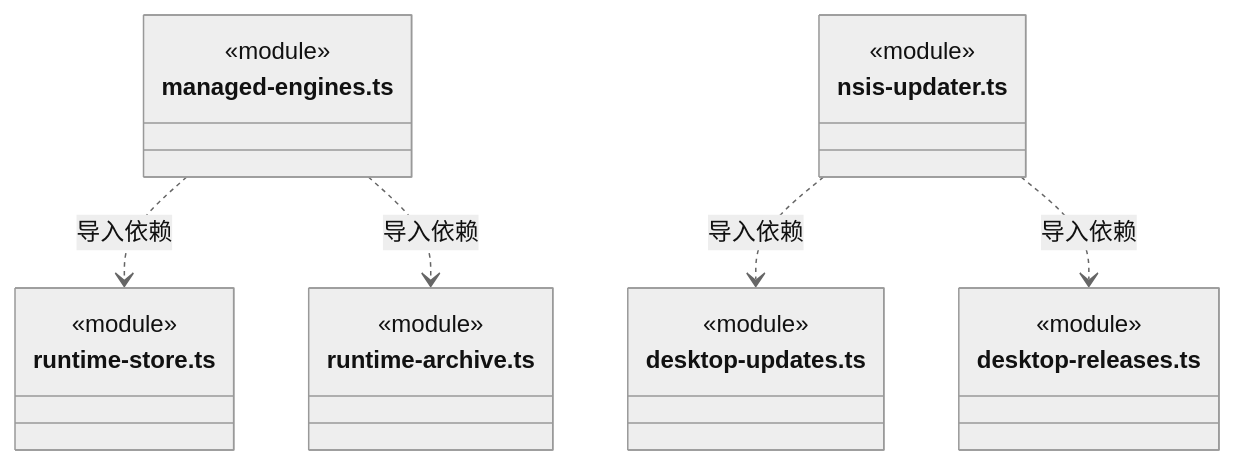
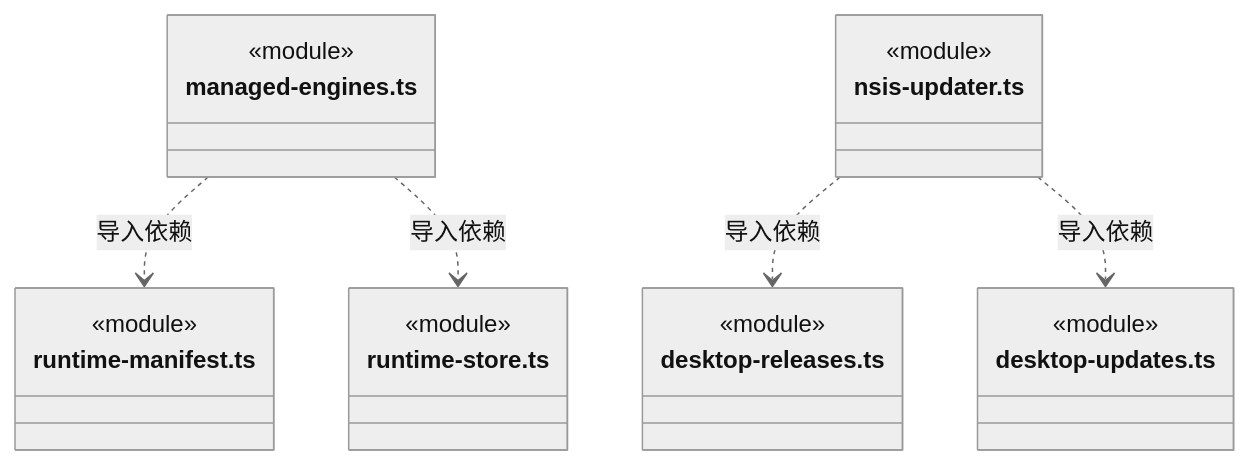
Before and after one commit to nan023062/cbim: diagram 25 of 28 in src/logic/updates/service/ARCHITECTURE.md, drawn with Mermaid (neutral theme). The commit also changed other lines of this file and 112 other files, not shown here.

Commit message:
docs: align source architecture with current declarations and contracts

````diff
--- a/src/logic/updates/service/ARCHITECTURE.md
+++ b/src/logic/updates/service/ARCHITECTURE.md
@@ -683,25 +686,25 @@
 ```mermaid
 classDiagram
 class N_src_logic_updates_service_managed_engines_ts["managed-engines.ts"] {
   <<module>>
 }
-class N_src_logic_updates_service_runtime_store_ts["runtime-store.ts"] {
+class N_src_logic_updates_service_runtime_manifest_ts["runtime-manifest.ts"] {
   <<module>>
 }
-class N_src_logic_updates_service_runtime_archive_ts["runtime-archive.ts"] {
+class N_src_logic_updates_service_runtime_store_ts["runtime-store.ts"] {
   <<module>>
 }
 class N_src_logic_updates_service_nsis_updater_ts["nsis-updater.ts"] {
   <<module>>
 }
+class N_src_logic_updates_service_desktop_releases_ts["desktop-releases.ts"] {
+  <<module>>
+}
 class N_src_logic_updates_service_desktop_updates_ts["desktop-updates.ts"] {
   <<module>>
 }
-class N_src_logic_updates_service_desktop_releases_ts["desktop-releases.ts"] {
-  <<module>>
-}
+N_src_logic_updates_service_managed_engines_ts ..> N_src_logic_updates_service_runtime_manifest_ts : 导入依赖
 N_src_logic_updates_service_managed_engines_ts ..> N_src_logic_updates_service_runtime_store_ts : 导入依赖
-N_src_logic_updates_service_managed_engines_ts ..> N_src_logic_updates_service_runtime_archive_ts : 导入依赖
+N_src_logic_updates_service_nsis_updater_ts ..> N_src_logic_updates_service_desktop_releases_ts : 导入依赖
 N_src_logic_updates_service_nsis_updater_ts ..> N_src_logic_updates_service_desktop_updates_ts : 导入依赖
-N_src_logic_updates_service_nsis_updater_ts ..> N_src_logic_updates_service_desktop_releases_ts : 导入依赖
 ```
````
